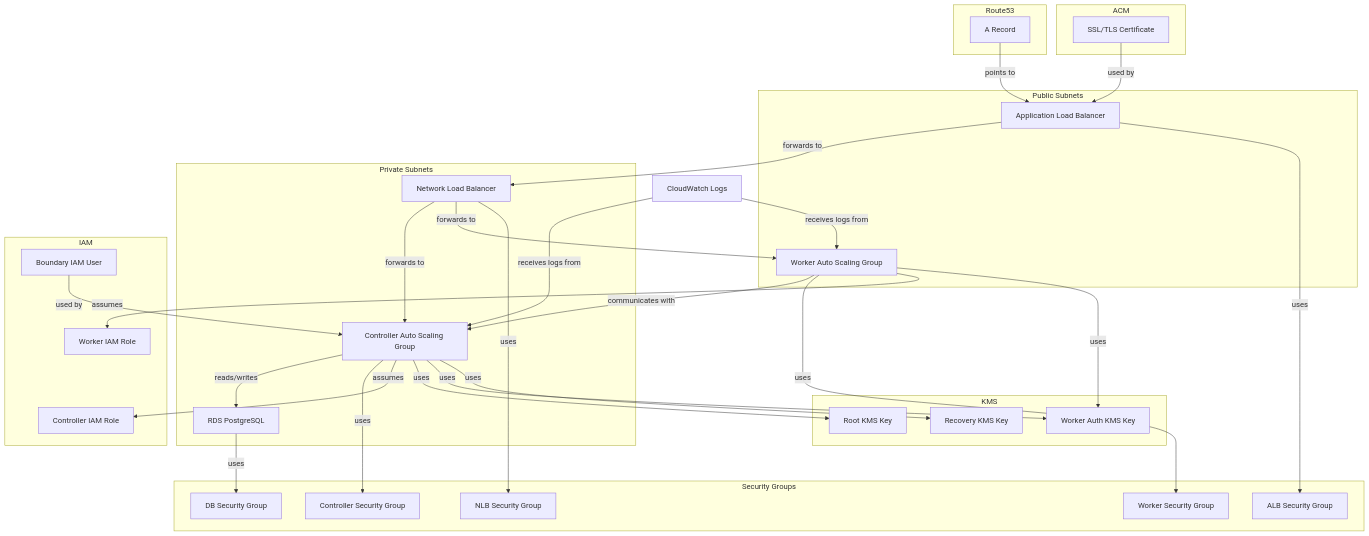
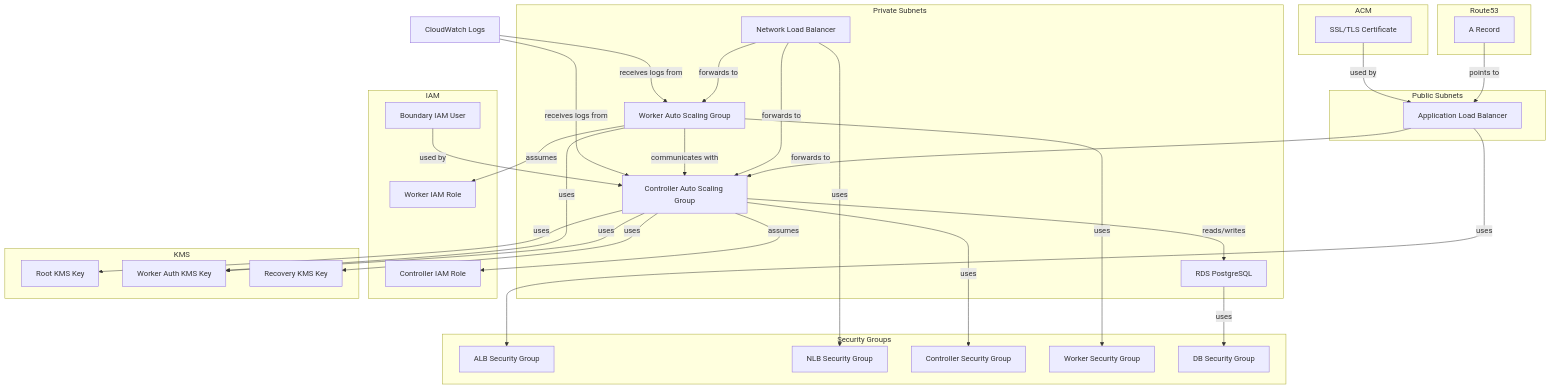
Before and after one commit to dc-tec/terraform-aws-boundary-deployment: the diagram in docs/low-level-architecture.md, drawn with Mermaid. The commit also changed other lines of this file and 9 other files, not shown here.

Commit message:
fix ALB and NLB configuration

````diff
--- a/docs/low-level-architecture.md
+++ b/docs/low-level-architecture.md
@@ -5,69 +94,69 @@
 ```mermaid
 graph TD
     subgraph "Public Subnets"
         ALB[Application Load Balancer]
-        WorkerASG[Worker Auto Scaling Group]
     end
 
     subgraph "Private Subnets"
         NLB[Network Load Balancer]
         ControllerASG[Controller Auto Scaling Group]
+        WorkerASG[Worker Auto Scaling Group]
         RDS[RDS PostgreSQL]
     end
 
     subgraph "Security Groups"
         ALBSG[ALB Security Group]
         NLBSG[NLB Security Group]
         ControllerSG[Controller Security Group]
         WorkerSG[Worker Security Group]
         DBSG[DB Security Group]
     end
 
     subgraph "IAM"
         ControllerRole[Controller IAM Role]
         WorkerRole[Worker IAM Role]
         BoundaryUser[Boundary IAM User]
     end
 
     subgraph "KMS"
         RootKey[Root KMS Key]
         WorkerAuthKey[Worker Auth KMS Key]
         RecoveryKey[Recovery KMS Key]
     end
 
     subgraph "Route53"
         DNSRecord[A Record]
     end
 
     subgraph "ACM"
         Certificate[SSL/TLS Certificate]
     end
 
-    ALB -->|forwards to| NLB
+    ALB -->|forwards to| ControllerASG
     NLB -->|forwards to| ControllerASG
     NLB -->|forwards to| WorkerASG
     ControllerASG -->|reads/writes| RDS
     WorkerASG -->|communicates with| ControllerASG
 
     ALB -->|uses| ALBSG
     NLB -->|uses| NLBSG
     ControllerASG -->|uses| ControllerSG
     WorkerASG -->|uses| WorkerSG
     RDS -->|uses| DBSG
 
     ControllerASG -->|assumes| ControllerRole
     WorkerASG -->|assumes| WorkerRole
     BoundaryUser -->|used by| ControllerASG
 
     ControllerASG -->|uses| RootKey
     ControllerASG -->|uses| WorkerAuthKey
     ControllerASG -->|uses| RecoveryKey
     WorkerASG -->|uses| WorkerAuthKey
 
     DNSRecord -->|points to| ALB
     Certificate -->|used by| ALB
 
     CloudWatchLogs[CloudWatch Logs] -->|receives logs from| ControllerASG
     CloudWatchLogs -->|receives logs from| WorkerASG
 
 ```
````
